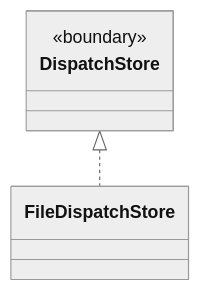
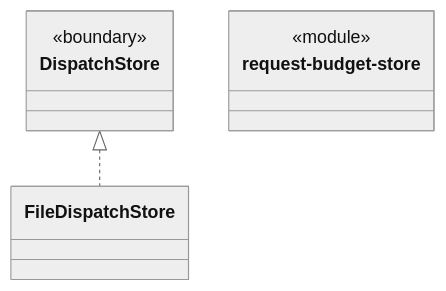
The diagram in src/logic/dispatch/storage/ARCHITECTURE.md (nan023062/cbim), drawn with Mermaid (neutral theme) before and after one commit. The commit also changed other lines of this file and 136 other files, not shown here.

````diff
--- a/src/logic/dispatch/storage/ARCHITECTURE.md
+++ b/src/logic/dispatch/storage/ARCHITECTURE.md
@@ -19,10 +22,14 @@
 ```mermaid
 classDiagram
 class N_1ac578c58ecf["DispatchStore"] {
   <<boundary>>
 }
 click N_1ac578c58ecf href "../rules/dispatch-storage.ts"
 class N_969cf614fdf7["FileDispatchStore"]
 click N_969cf614fdf7 href "dispatch-store.ts"
+class N_6cfefe821849["request-budget-store"] {
+  <<module>>
+}
+click N_6cfefe821849 href "request-budget-store.ts"
 N_1ac578c58ecf <|.. N_969cf614fdf7
 ```
````
